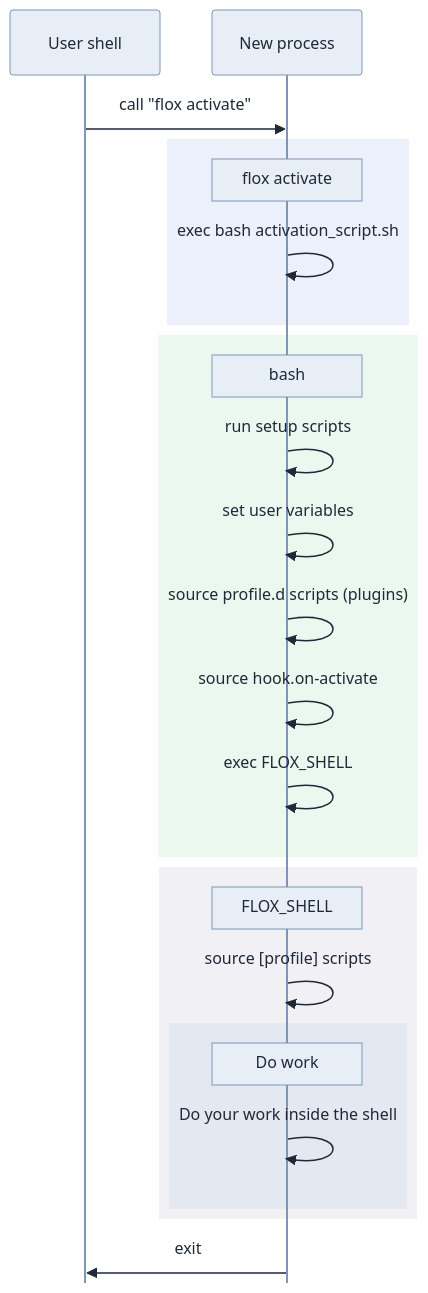
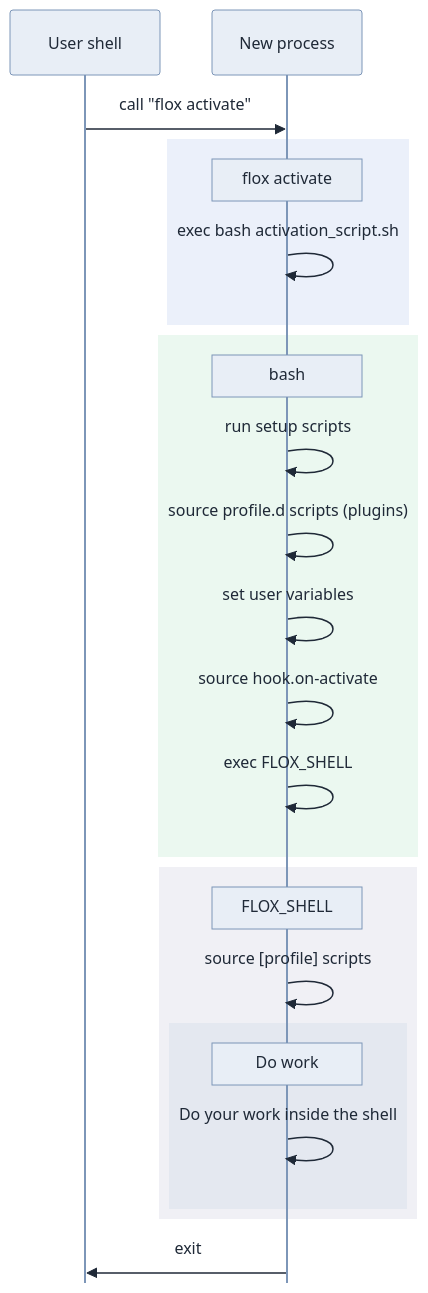
One commit to flox/docs changed the fourth of 5 diagrams in concepts/activation.mdx. Above: the diagram before and after it, drawn with Mermaid. The commit also changed other lines of this file, not shown here.

First line of the commit message:
docs(activation): fix profile.d ordering vs [vars]

````diff
--- a/concepts/activation.mdx
+++ b/concepts/activation.mdx
@@ -237,28 +237,28 @@
 ```mermaid
 %%{init: {'theme':'base','themeVariables':{'primaryColor':'#e8eef6','primaryBorderColor':'#7d96b8','primaryTextColor':'#1f2937','lineColor':'#7d96b8','noteBkgColor':'#e8eef6','noteTextColor':'#1f2937','noteBorderColor':'#7d96b8','actorBkg':'#e8eef6','actorBorder':'#7d96b8','actorTextColor':'#1f2937','actorLineColor':'#7d96b8','signalColor':'#1f2937','signalTextColor':'#1f2937','labelBoxBkgColor':'#e8eef6','labelBoxBorderColor':'#7d96b8','labelTextColor':'#1f2937','loopTextColor':'#1f2937','sequenceNumberColor':'#1f2937'},'sequence':{'mirrorActors':false}}}%%
 sequenceDiagram
     participant U as User shell
     participant P as New process
     U->>P: call "flox activate"
     rect rgb(235, 240, 250)
       Note over P: flox activate
       P->>P: exec bash activation_script.sh
     end
     rect rgb(235, 248, 240)
       Note over P: bash
       P->>P: run setup scripts
+      P->>P: source profile.d scripts (plugins)
       P->>P: set user variables
-      P->>P: source profile.d scripts (plugins)
       P->>P: source hook.on-activate
       P->>P: exec FLOX_SHELL
     end
     rect rgb(240, 240, 245)
       Note over P: FLOX_SHELL
       P->>P: source [profile] scripts
       rect rgb(228, 232, 240)
         Note over P: Do work
         P->>P: Do your work inside the shell
       end
     end
     P->>U: exit
 ```
````
